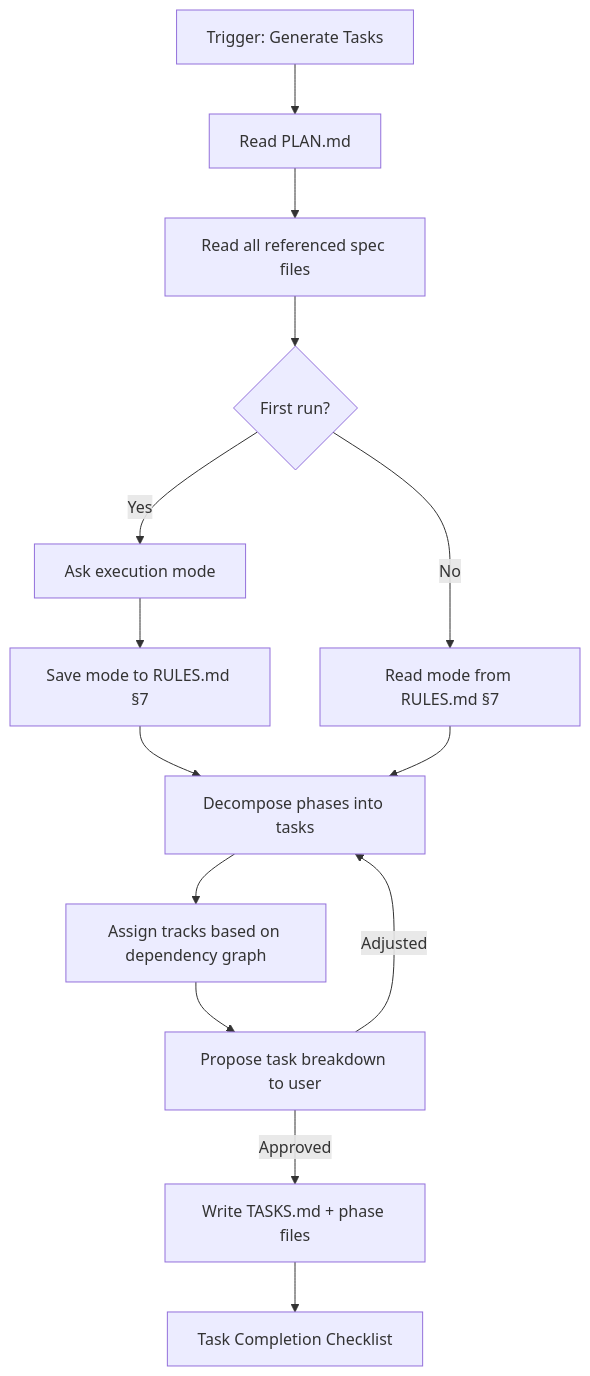
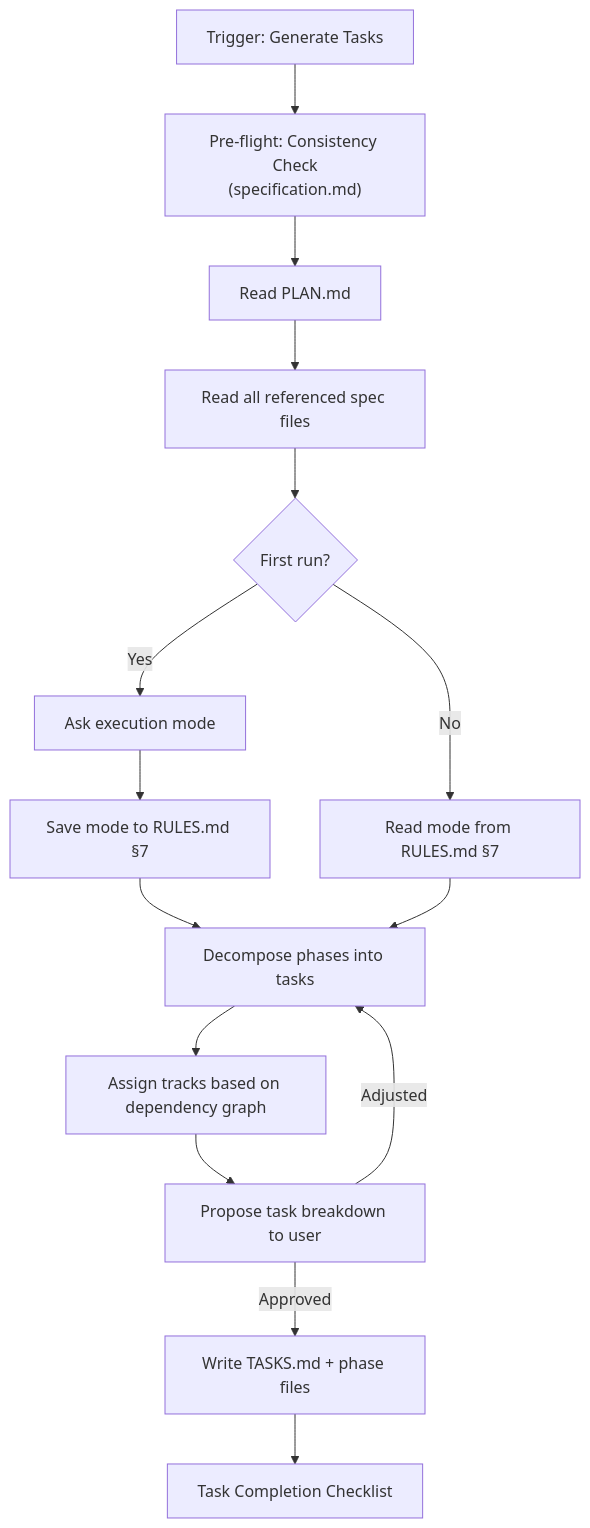
The first of 3 diagrams in .magic/task.md (teratron/magic-spec), drawn with Mermaid before and after one commit. The commit also changed other lines of this file and 3 other files, not shown here.

````diff
--- a/.magic/task.md
+++ b/.magic/task.md
@@ -106,16 +106,17 @@
 ```mermaid
 graph TD
-    A[Trigger: Generate Tasks] --> B[Read PLAN.md]
+    A[Trigger: Generate Tasks] --> Z["Pre-flight: Consistency Check\n(specification.md)"]
+    Z --> B[Read PLAN.md]
     B --> C[Read all referenced spec files]
     C --> D{First run?}
     D -->|Yes| E[Ask execution mode]
     D -->|No| F[Read mode from RULES.md §7]
     E --> G[Save mode to RULES.md §7]
     G --> H[Decompose phases into tasks]
     F --> H
     H --> I[Assign tracks based on dependency graph]
     I --> J[Propose task breakdown to user]
     J -->|Approved| K[Write TASKS.md + phase files]
     J -->|Adjusted| H
     K --> L[Task Completion Checklist]
 ```
````
